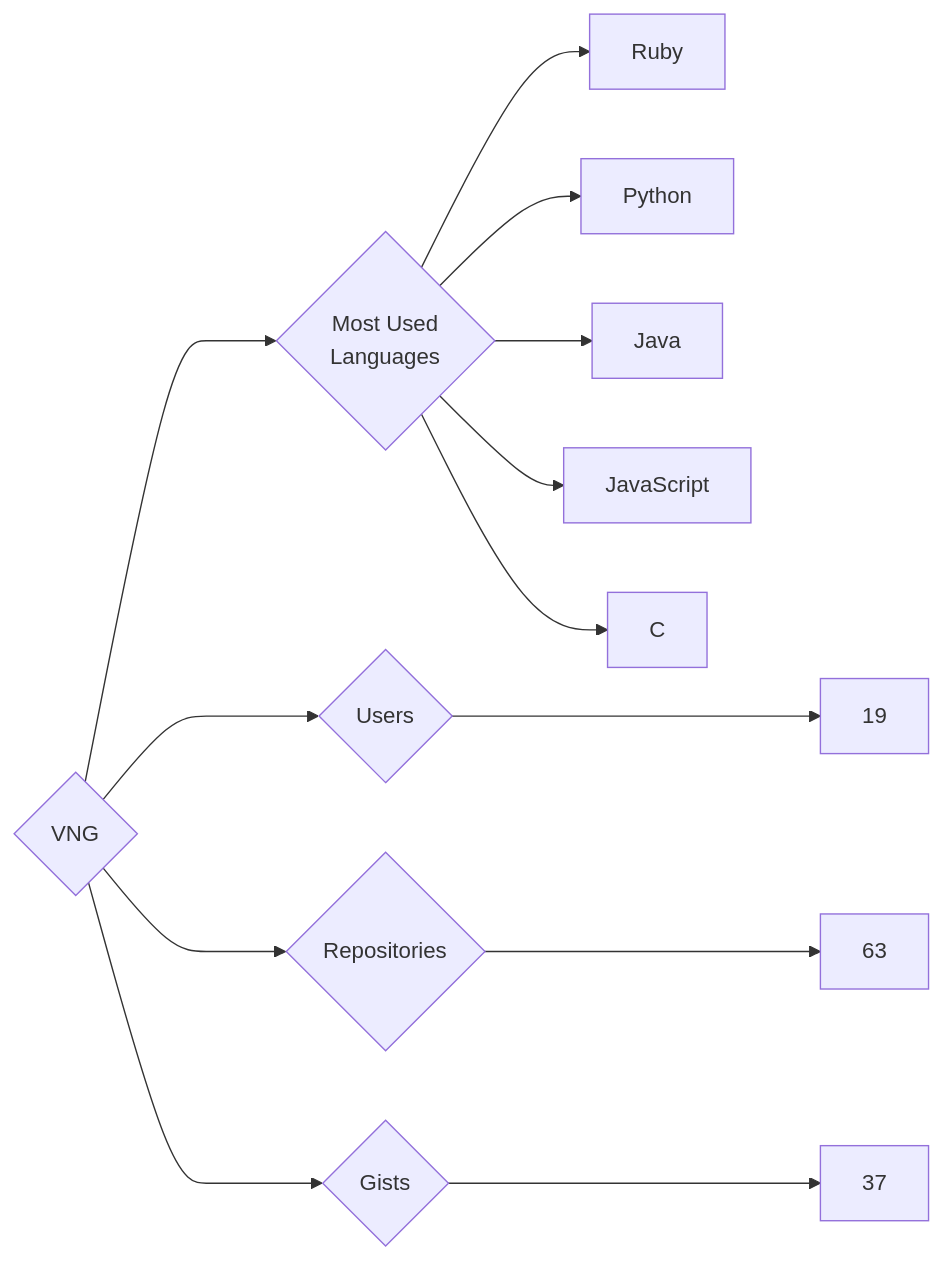
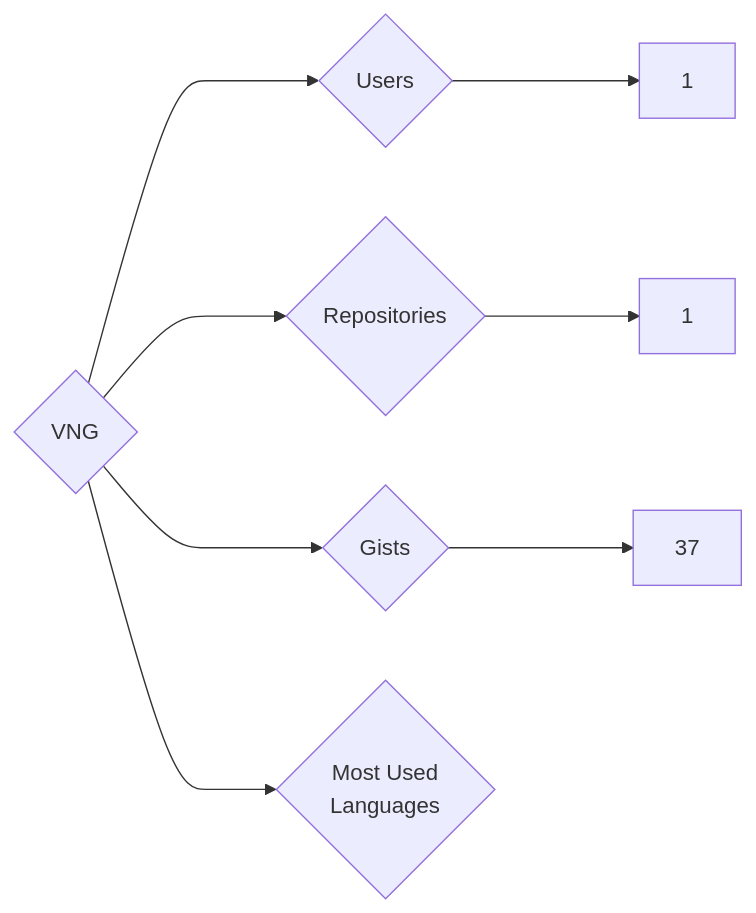
Before and after one commit to trickest/insiders: the diagram in targets/VNG/README.md, drawn with Mermaid. The commit also changed 839 other files, not shown here.

````diff
--- a/targets/VNG/README.md
+++ b/targets/VNG/README.md
@@ -3,13 +3,8 @@
 ```mermaid
 graph LR
 COMPANY_NAME{VNG}
-COMPANY_NAME ---> U{Users} ---> UN[19]
-COMPANY_NAME ---> R{Repositories} ---> RN[63]
+COMPANY_NAME ---> U{Users} ---> UN[1]
+COMPANY_NAME ---> R{Repositories} ---> RN[1]
 COMPANY_NAME ---> G{Gists} ---> GN[37]
 COMPANY_NAME ---> ML{Most Used<br>Languages}
-ML --> Ruby[Ruby]
-ML --> Python[Python]
-ML --> Java[Java]
-ML --> JavaScript[JavaScript]
-ML --> C[C]
 ```
````
